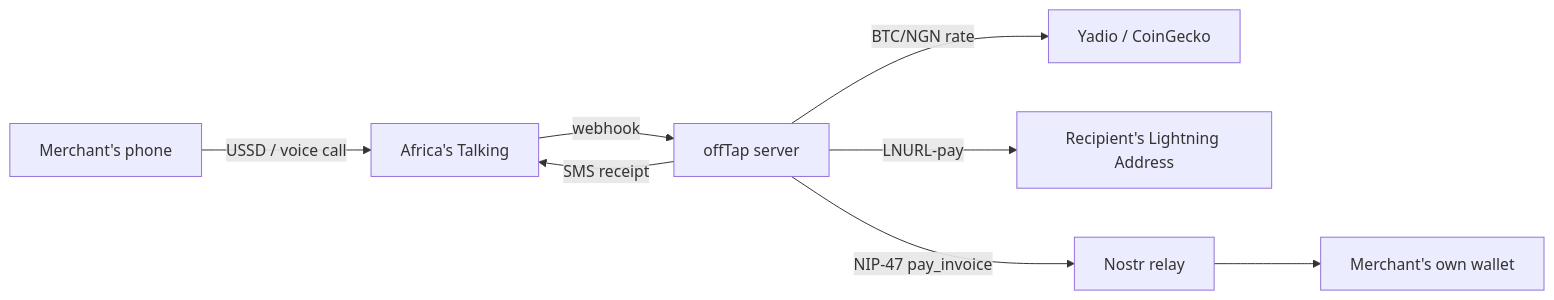
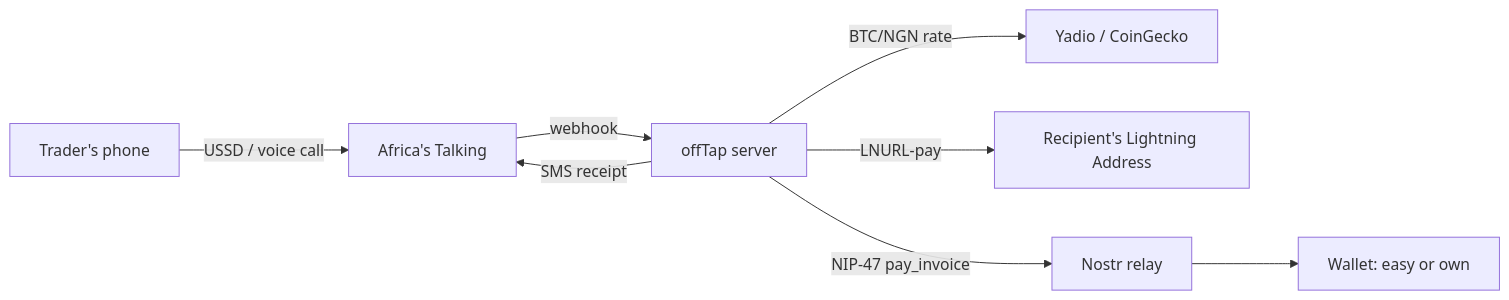
The diagram in README.md (Alkamal01/offTap), drawn with Mermaid before and after one commit. The commit also changed other lines of this file and 2 other files, not shown here.

Commit message:
Document easy and own wallet modes

````diff
--- a/README.md
+++ b/README.md
@@ -20,10 +30,10 @@
 ```mermaid
 flowchart LR
-    phone[Merchant's phone] -->|USSD / voice call| at[Africa's Talking]
+    phone[Trader's phone] -->|USSD / voice call| at[Africa's Talking]
     at -->|webhook| api[offTap server]
     api -->|BTC/NGN rate| oracle[Yadio / CoinGecko]
     api -->|LNURL-pay| recipient[Recipient's Lightning Address]
     api -->|NIP-47 pay_invoice| relay[Nostr relay]
-    relay --> wallet[Merchant's own wallet]
+    relay --> wallet[Wallet: easy or own]
     api -->|SMS receipt| at
 ```
````
